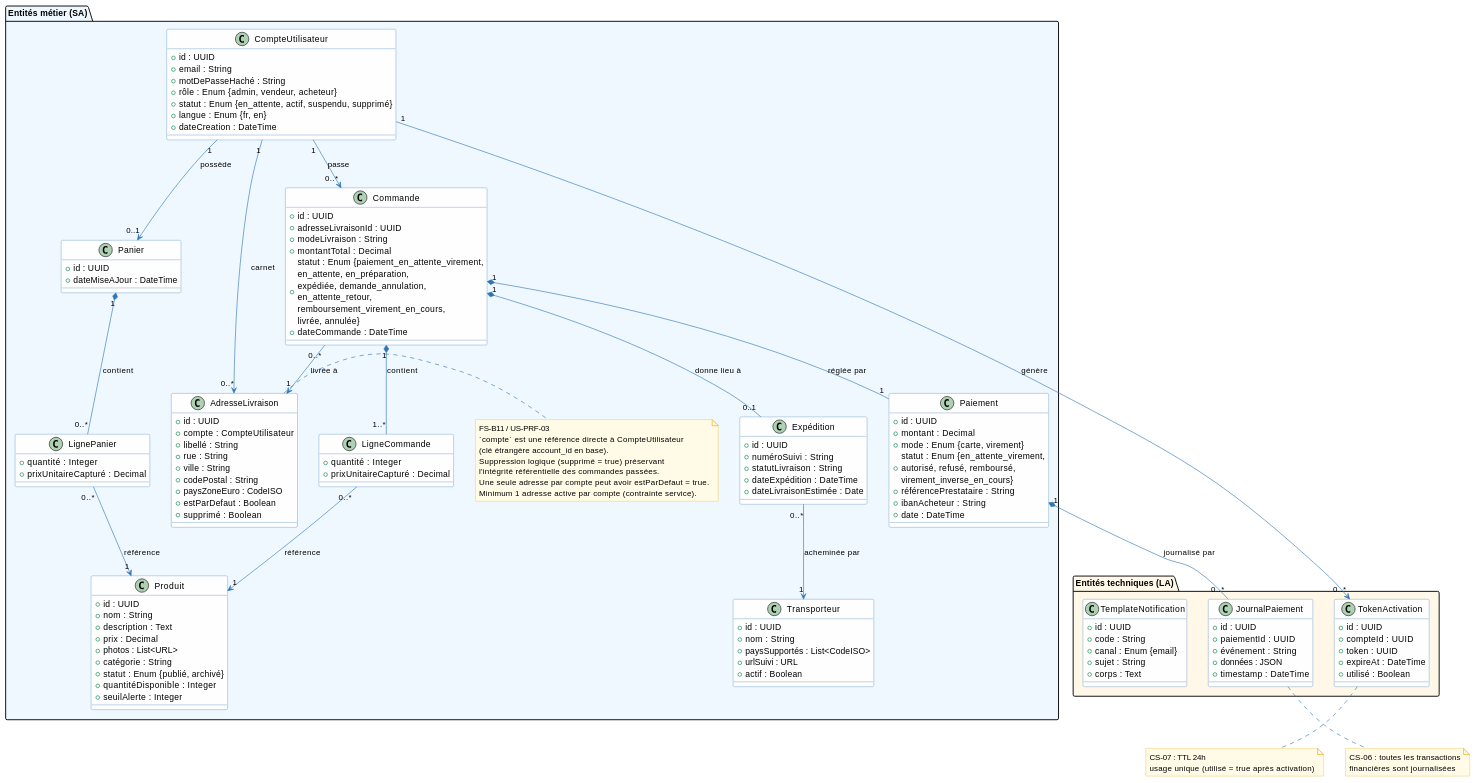
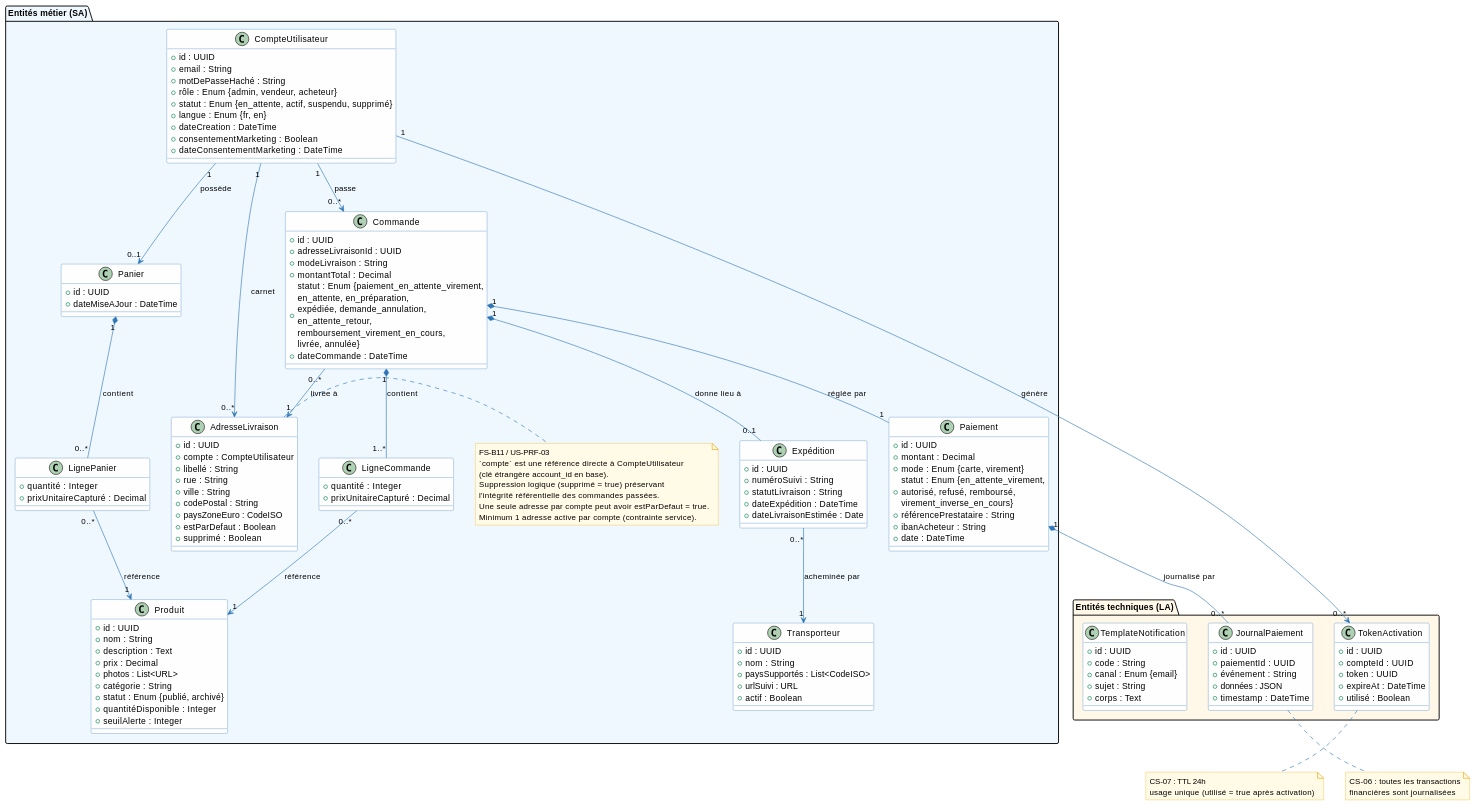
The seventh of 7 diagrams in architecture/03-logical-architecture/la.adoc (louistalvande/online_shop), drawn with PlantUML before and after one commit. The commit also changed 5 other files, not shown here.

```diff
--- a/architecture/03-logical-architecture/la.adoc
+++ b/architecture/03-logical-architecture/la.adoc
@@ -650,6 +650,8 @@
     + statut : Enum {en_attente, actif, suspendu, supprimé}
     + langue : Enum {fr, en}
     + dateCreation : DateTime
+    + consentementMarketing : Boolean
+    + dateConsentementMarketing : DateTime
   }
 
   class AdresseLivraison {
```
